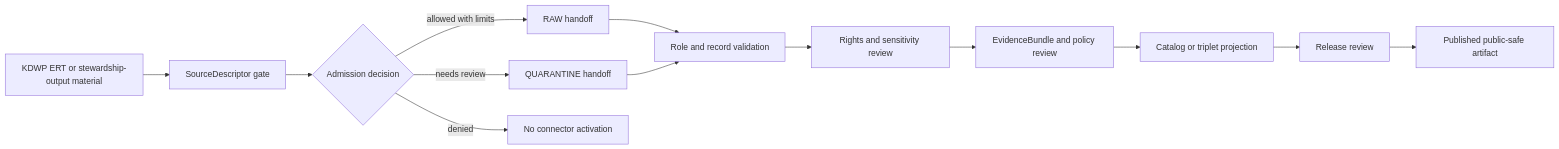
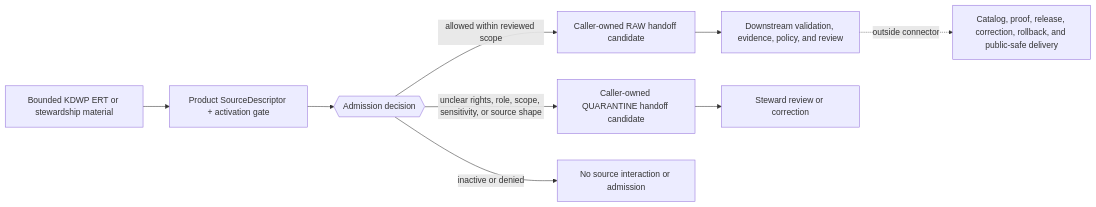
One commit to bartytime4life/Kansas-Frontier-Matrix changed the diagram in connectors/kansas/kdwp_ert/README.md. Above: the diagram before and after it, drawn with Mermaid. The commit also changed other lines of this file, not shown here.

Commit message:
docs(connectors): revise KDWP ERT admission README

````diff
--- a/connectors/kansas/kdwp_ert/README.md
+++ b/connectors/kansas/kdwp_ert/README.md
@@ -150,15 +440,11 @@
 ```mermaid
 flowchart LR
-  A[KDWP ERT or stewardship-output material] --> B[SourceDescriptor gate]
-  B --> C{Admission decision}
-  C -->|allowed with limits| D[RAW handoff]
-  C -->|needs review| Q[QUARANTINE handoff]
-  C -->|denied| X[No connector activation]
-  D --> E[Role and record validation]
-  Q --> E
-  E --> F[Rights and sensitivity review]
-  F --> G[EvidenceBundle and policy review]
-  G --> H[Catalog or triplet projection]
-  H --> I[Release review]
-  I --> P[Published public-safe artifact]
+  A["Bounded KDWP ERT or stewardship material"] --> B["Product SourceDescriptor + activation gate"]
+  B --> C{{"Admission decision"}}
+  C -->|"allowed within reviewed scope"| D["Caller-owned RAW handoff candidate"]
+  C -->|"unclear rights, role, scope, sensitivity, or source shape"| Q["Caller-owned QUARANTINE handoff candidate"]
+  C -->|"inactive or denied"| X["No source interaction or admission"]
+  D --> V["Downstream validation, evidence, policy, and review"]
+  Q --> R["Steward review or correction"]
+  V -. "outside connector" .-> P["Catalog, proof, release, correction, rollback, and public-safe delivery"]
 ```
````
